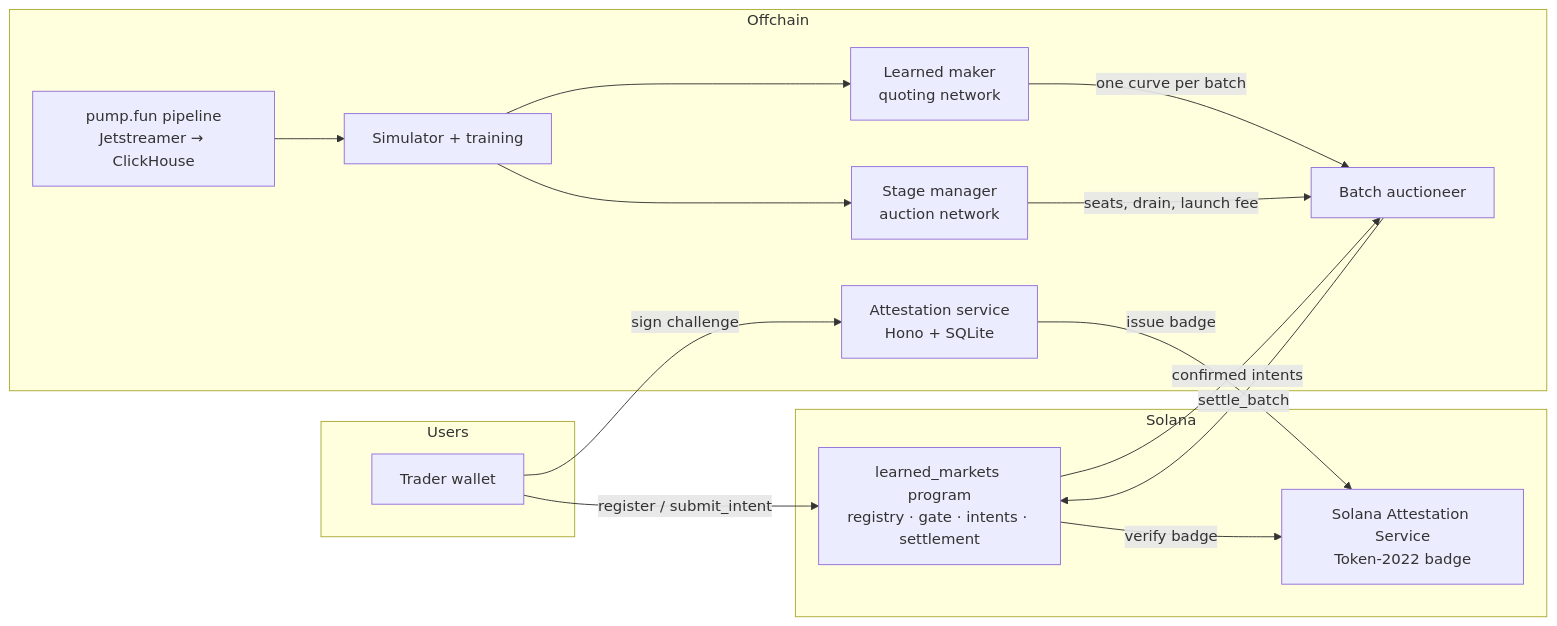
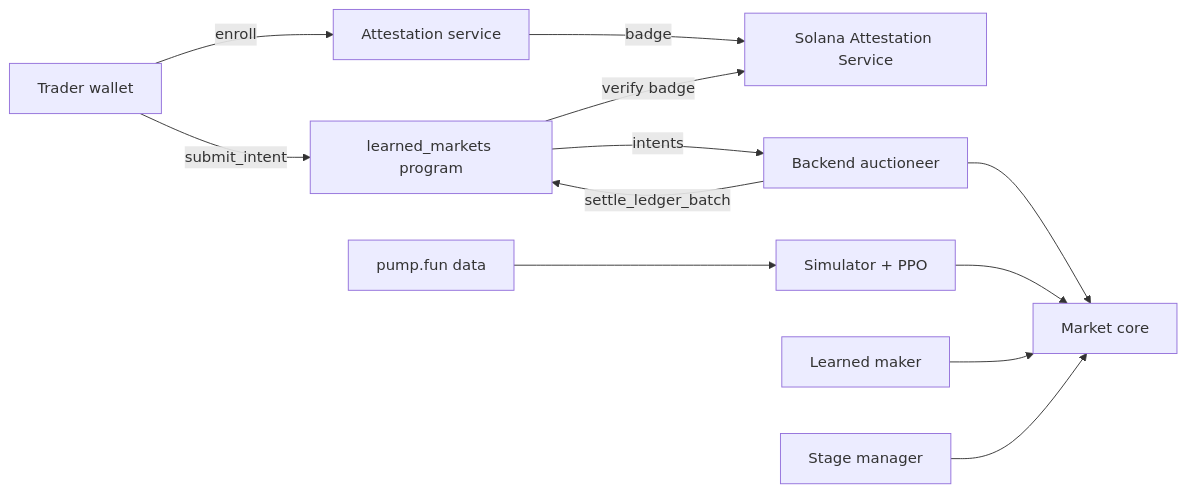
Before and after one commit to math-dude/learned-markets: the diagram in README.md, drawn with Mermaid. The commit also changed other lines of this file, not shown here.

````diff
--- a/README.md
+++ b/README.md
@@ -25,29 +28,14 @@
 ```mermaid
 flowchart LR
-    subgraph Users
-        W[Trader wallet]
-    end
-    subgraph Offchain
-        AS[Attestation service<br/>Hono + SQLite]
-        AU[Batch auctioneer]
-        MK[Learned maker<br/>quoting network]
-        SM[Stage manager<br/>auction network]
-        SIM[Simulator + training]
-        DP[pump.fun pipeline<br/>Jetstreamer → ClickHouse]
-    end
-    subgraph Solana
-        SAS[Solana Attestation Service<br/>Token-2022 badge]
-        LM[learned_markets program<br/>registry · gate · intents · settlement]
-    end
-
-    W -- sign challenge --> AS
-    AS -- issue badge --> SAS
-    W -- register / submit_intent --> LM
+    W[Trader wallet] -- enroll --> AS[Attestation service]
+    AS -- badge --> SAS[Solana Attestation Service]
+    W -- submit_intent --> LM[learned_markets program]
     LM -- verify badge --> SAS
-    LM -- confirmed intents --> AU
-    MK -- one curve per batch --> AU
-    SM -- seats, drain, launch fee --> AU
-    AU -- settle_batch --> LM
-    DP --> SIM --> MK
-    SIM --> SM
+    LM -- intents --> AU[Backend auctioneer]
+    AU --> CORE[Market core]
+    SIM[Simulator + PPO] --> CORE
+    MK[Learned maker] --> CORE
+    SM[Stage manager] --> CORE
+    AU -- settle_ledger_batch --> LM
+    DP[pump.fun data] --> SIM
 ```
````
